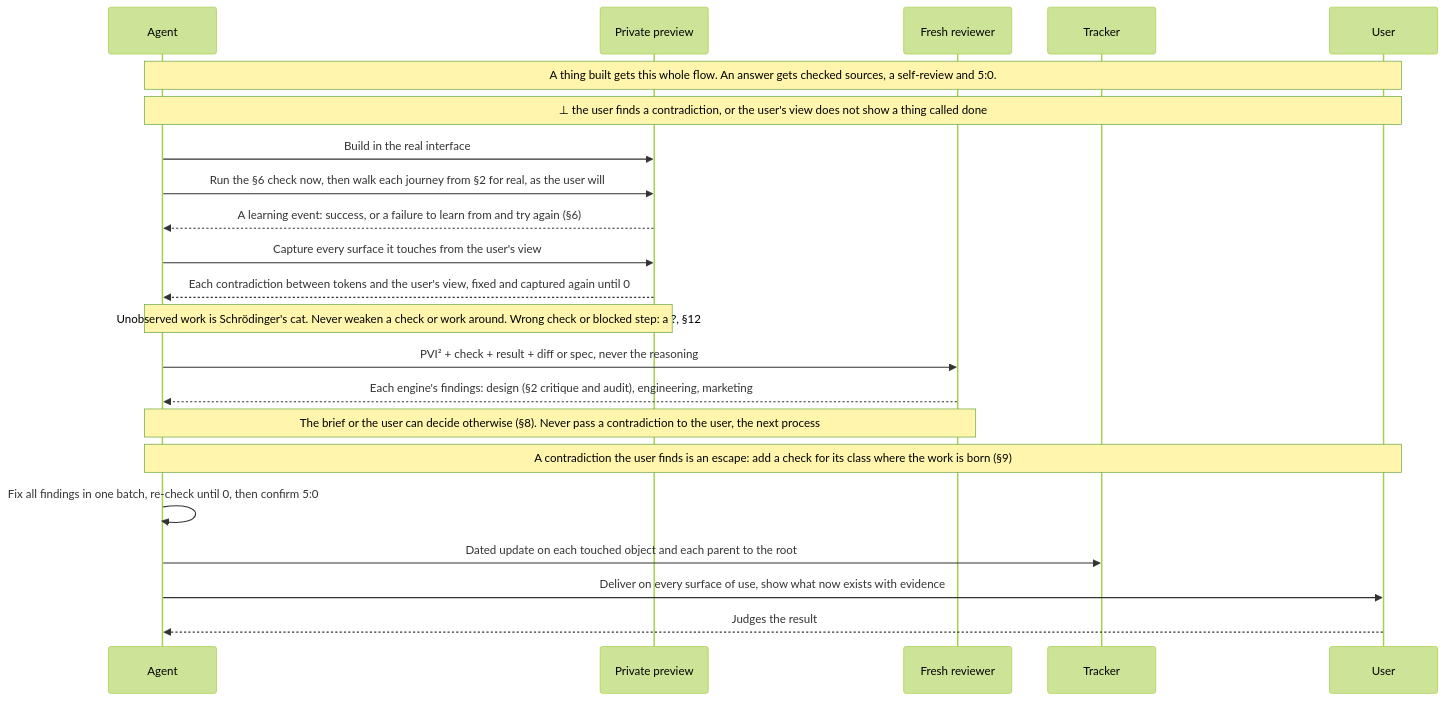
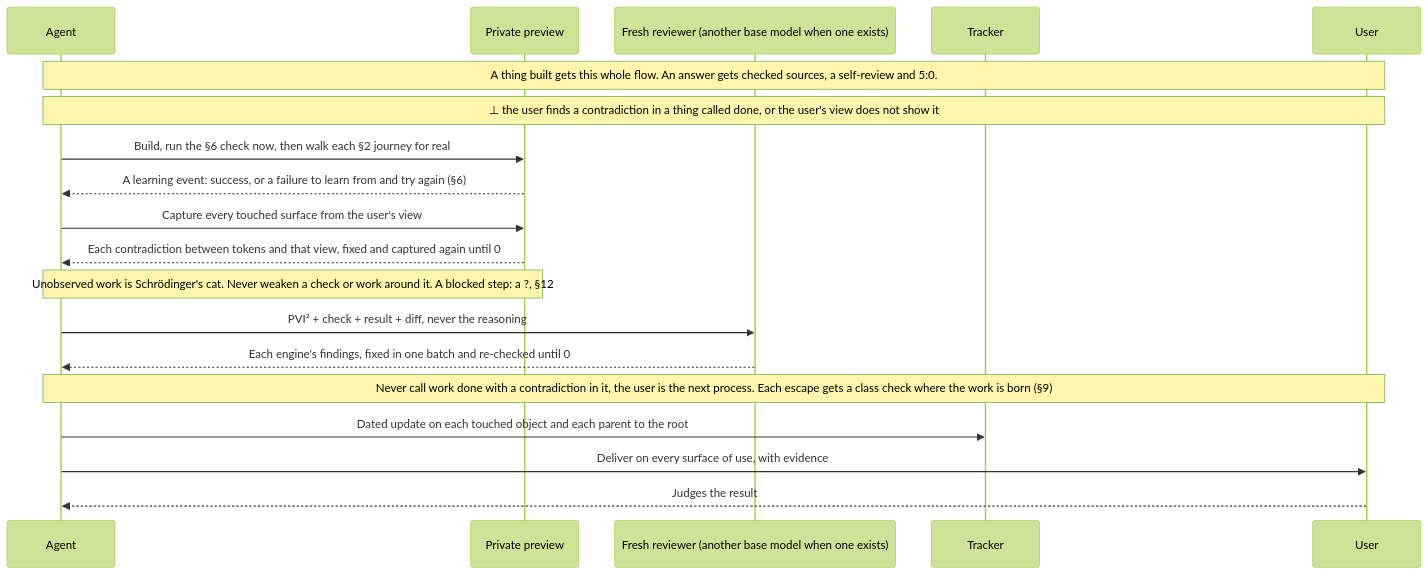
Before and after one commit to SolenixAI/arbiter: diagram 11 of 14 in AGENTS.md, drawn with Mermaid (forest theme). The commit also changed other lines of this file and 5 other files, not shown here.

First line of the commit message:
feat(agents): root v2, every token earns its place, 0 contradictions with 5:0 (#52)

````diff
--- a/AGENTS.md
+++ b/AGENTS.md
@@ -538,24 +431,21 @@
 ```mermaid
 sequenceDiagram
   participant A as Agent
   participant P as Private preview
-  participant R as Fresh reviewer
+  participant R as Fresh reviewer (another base model when one exists)
   participant T as Tracker
   participant U as User
   Note over A,U: A thing built gets this whole flow. An answer gets checked sources, a self-review and 5:0.
-  Note over A,U: ⊥ the user finds a contradiction, or the user's view does not show a thing called done
-  A->>P: Build in the real interface
-  A->>P: Run the §6 check now, then walk each journey from §2 for real, as the user will
+  Note over A,U: ⊥ the user finds a contradiction in a thing called done, or the user's view does not show it
+  A->>P: Build, run the §6 check now, then walk each §2 journey for real
   P-->>A: A learning event: success, or a failure to learn from and try again (§6)
-  A->>P: Capture every surface it touches from the user's view
-  P-->>A: Each contradiction between tokens and the user's view, fixed and captured again until 0
-  Note over A,P: Unobserved work is Schrödinger's cat. Never weaken a check or work around. Wrong check or blocked step: a ?, §12
-  A->>R: PVI² + check + result + diff or spec, never the reasoning
-  R-->>A: Each engine's findings: design (§2 critique and audit), engineering, marketing
-  Note over A,R: The brief or the user can decide otherwise (§8). Never pass a contradiction to the user, the next process
-  Note over A,U: A contradiction the user finds is an escape: add a check for its class where the work is born (§9)
-  A->>A: Fix all findings in one batch, re-check until 0, then confirm 5:0
+  A->>P: Capture every touched surface from the user's view
+  P-->>A: Each contradiction between tokens and that view, fixed and captured again until 0
+  Note over A,P: Unobserved work is Schrödinger's cat. Never weaken a check or work around it. A blocked step: a ?, §12
+  A->>R: PVI² + check + result + diff, never the reasoning
+  R-->>A: Each engine's findings, fixed in one batch and re-checked until 0
+  Note over A,U: Never call work done with a contradiction in it, the user is the next process. Each escape gets a class check where the work is born (§9)
   A->>T: Dated update on each touched object and each parent to the root
-  A->>U: Deliver on every surface of use, show what now exists with evidence
+  A->>U: Deliver on every surface of use, with evidence
   U-->>A: Judges the result
 ```
````
